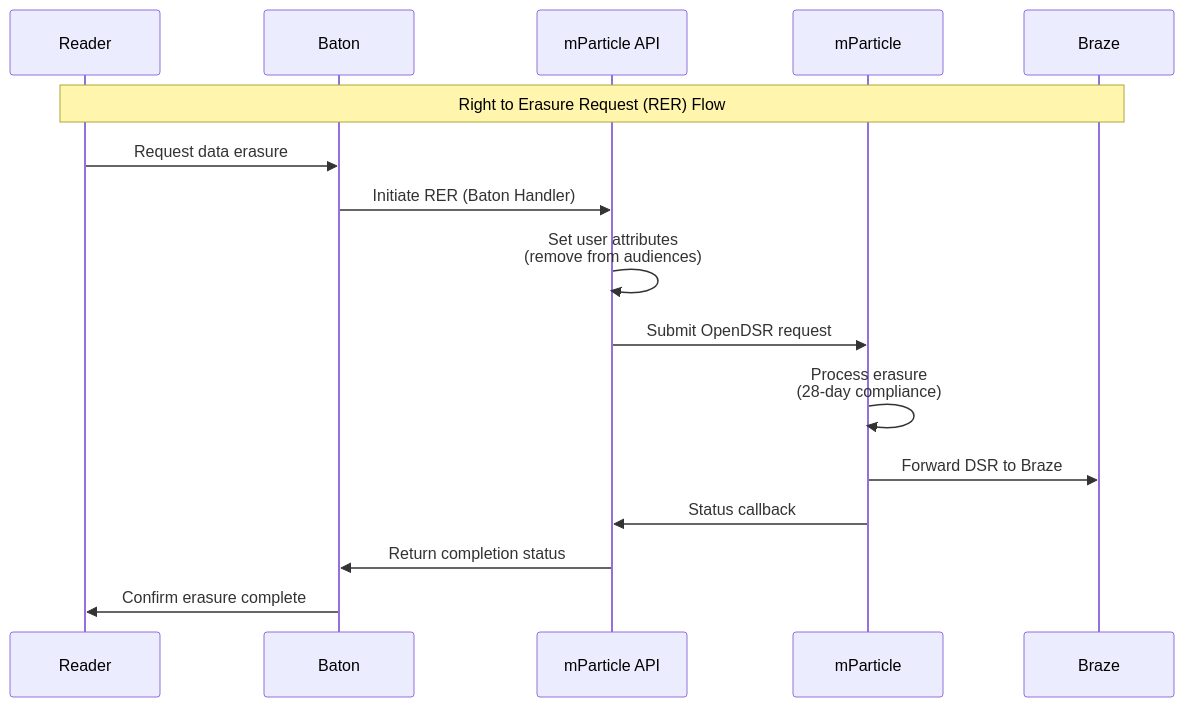
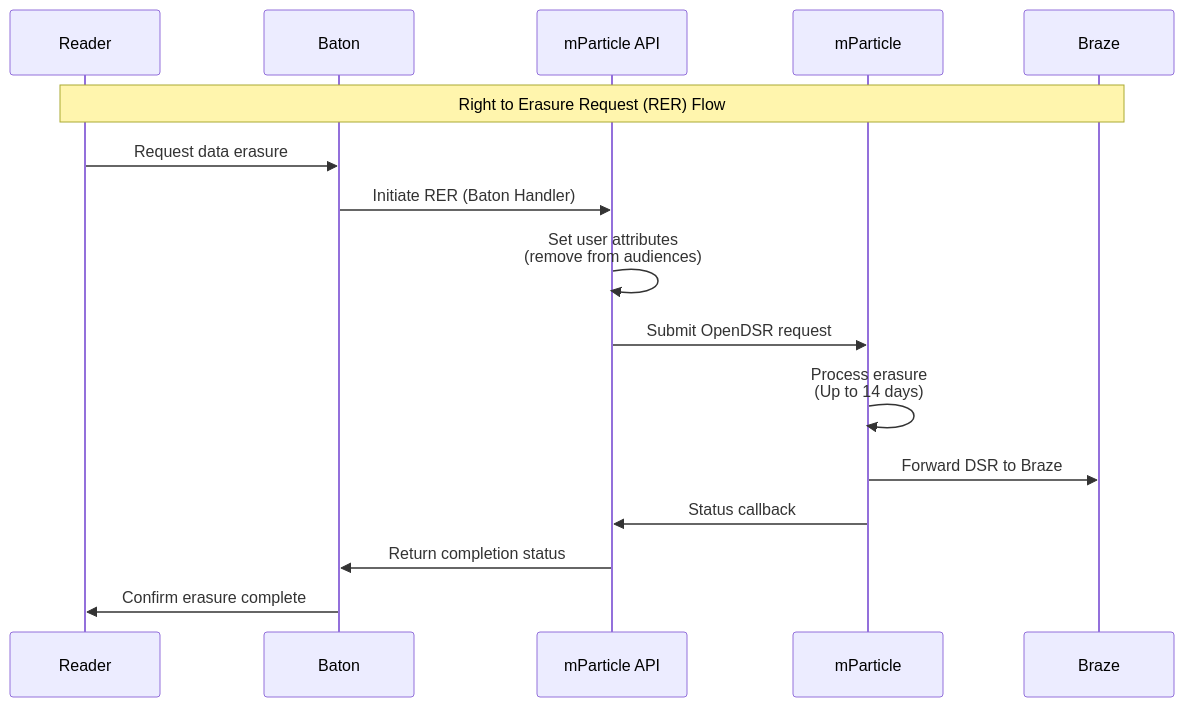
The second of 2 diagrams in handlers/mparticle-api/docs/architecture.md (guardian/support-service-lambdas), drawn with Mermaid before and after one commit. The commit also changed other lines of this file, not shown here.

Commit message:
fix: update architecture diagram and sequence for DSR processing clarity

````diff
--- a/handlers/mparticle-api/docs/architecture.md
+++ b/handlers/mparticle-api/docs/architecture.md
@@ -64,20 +64,20 @@
 ```mermaid
 sequenceDiagram
     participant R as Reader
     participant B as Baton
     participant MP as mParticle API
     participant M as mParticle
     participant BR as Braze
 
     Note over R,BR: Right to Erasure Request (RER) Flow
     
     R->>B: Request data erasure
     B->>MP: Initiate RER (Baton Handler)
     MP->>MP: Set user attributes<br/>(remove from audiences)
     MP->>M: Submit OpenDSR request
-    M->>M: Process erasure<br/>(28-day compliance)
+    M->>M: Process erasure<br/>(Up to 14 days)
     M->>BR: Forward DSR to Braze
     M->>MP: Status callback
     MP->>B: Return completion status
     B->>R: Confirm erasure complete
 ```
````
